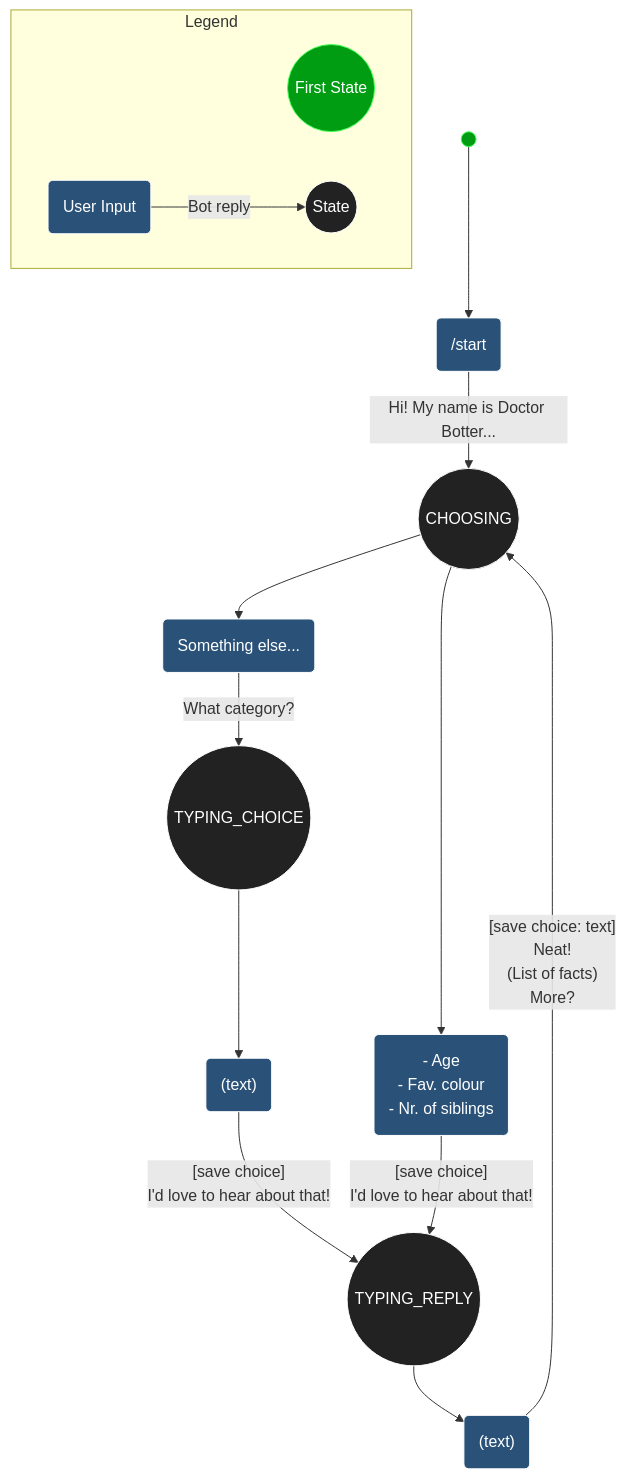
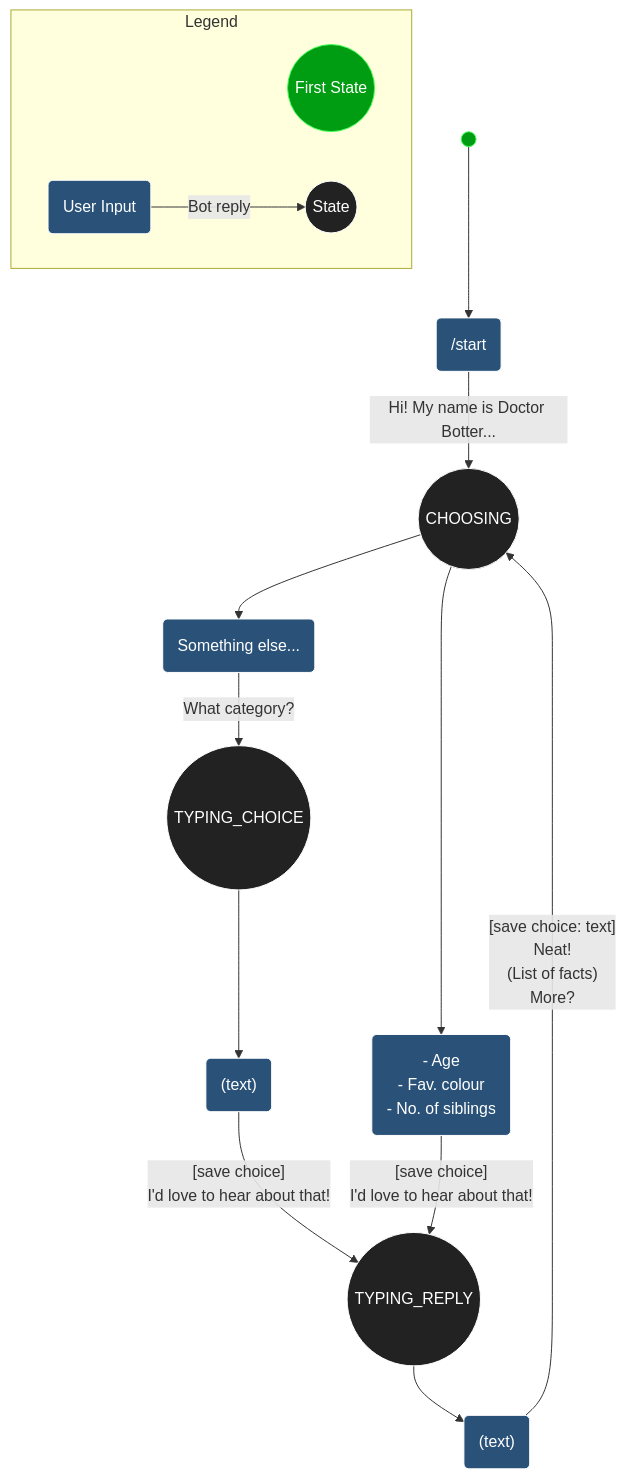
Before and after one commit to python-telegram-bot/python-telegram-bot: the diagram in examples/conversationbot2.md, drawn with Mermaid.

Commit message:
correct typo

````diff
--- a/examples/conversationbot2.md
+++ b/examples/conversationbot2.md
@@ -1,24 +1,24 @@
 ```mermaid
 graph TD
     %% Documentation: https://mermaid-js.github.io/mermaid/#/flowchart
     firstState((" ")):::firstState --> A("/start"):::userInput
     A -->|Hi! My name is Doctor Botter...| B((CHOOSING)):::state
     B --> C("Something else..."):::userInput 
     C --> |What category?| D((TYPING_CHOICE)):::state
     D --> E("(text)"):::userInput
     E --> |"[save choice] <br /> I'd love to hear about that!"| F((TYPING_REPLY)):::state
     F --> G("(text)"):::userInput
     G --> |"[save choice: text] <br /> Neat! <br /> (List of facts) <br /> More?"| B
-    B --> H("- Age <br /> - Fav. colour <br /> - Nr. of siblings"):::userInput
+    B --> H("- Age <br /> - Fav. colour <br /> - No. of siblings"):::userInput
     H --> |"[save choice] <br /> I'd love to hear about that!"| F
 
     subgraph Legend
     firstStateLegend(("First State")):::firstState
     I(User Input):::userInput --> |"Bot reply"| J((State)):::state
     end
 
     classDef userInput  fill:#2a5279, color:#ffffff, stroke:#ffffff
     classDef state fill:#222222, color:#ffffff, stroke:#ffffff
     classDef firstState fill:#009c11, stroke:#42FF57, color:#ffffff
     classDef termination fill:#bb0007, stroke:#E60109, color:#ffffff
 ```
````
